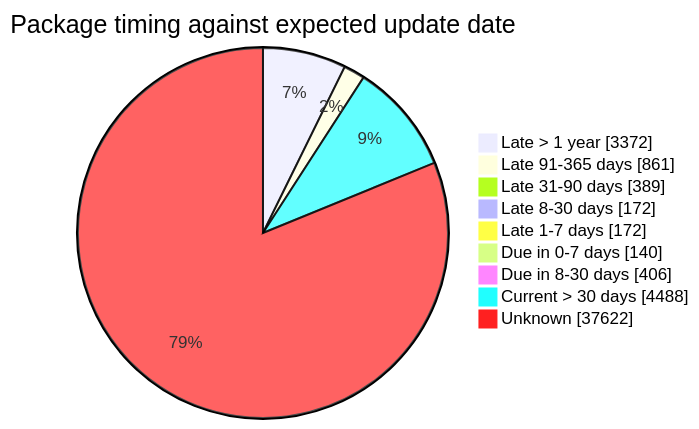
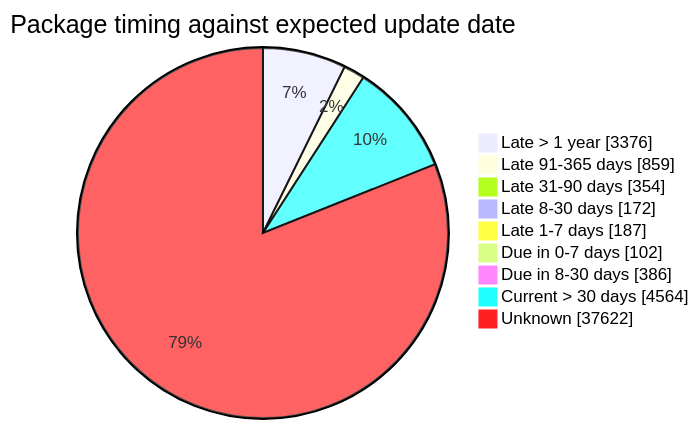
Before and after one commit to open-data/analytics-corporate-reporting: the fourth of 5 diagrams in FreshCheck/README.md, drawn with Mermaid. The commit also changed other lines of this file and 3 other files, not shown here.

````diff
--- a/FreshCheck/README.md
+++ b/FreshCheck/README.md
@@ -86,12 +86,12 @@
 ```mermaid
 pie showData title Package timing against expected update date
-    "Late > 1 year": 3372
-    "Late 91-365 days": 861
-    "Late 31-90 days": 389
+    "Late > 1 year": 3376
+    "Late 91-365 days": 859
+    "Late 31-90 days": 354
     "Late 8-30 days": 172
-    "Late 1-7 days": 172
-    "Due in 0-7 days": 140
-    "Due in 8-30 days": 406
-    "Current > 30 days": 4488
+    "Late 1-7 days": 187
+    "Due in 0-7 days": 102
+    "Due in 8-30 days": 386
+    "Current > 30 days": 4564
     "Unknown": 37622
 ```
````
